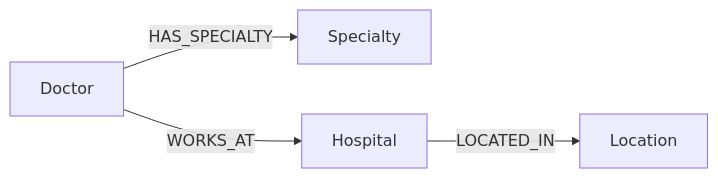
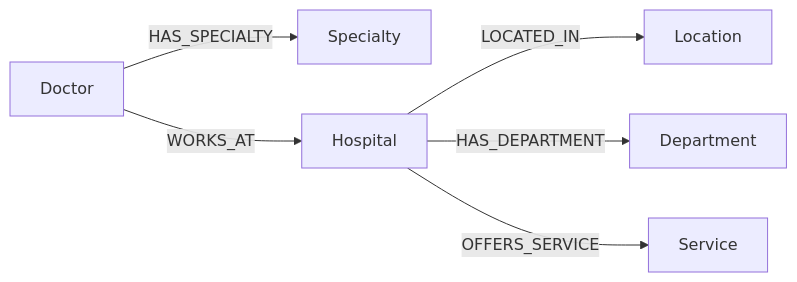
The third of 3 diagrams in README.md (sydelendure/healthcare-knowledge-graph-assistant), drawn with Mermaid before and after one commit. The commit also changed other lines of this file, not shown here.

````diff
--- a/README.md
+++ b/README.md
@@ -122,6 +122,8 @@
 ```mermaid
 graph LR
     D["Doctor"] -->|HAS_SPECIALTY| S["Specialty"]
     D -->|WORKS_AT| H["Hospital"]
     H -->|LOCATED_IN| L["Location"]
+    H -->|HAS_DEPARTMENT| DP["Department"]
+    H -->|OFFERS_SERVICE| SV["Service"]
 ```
````
